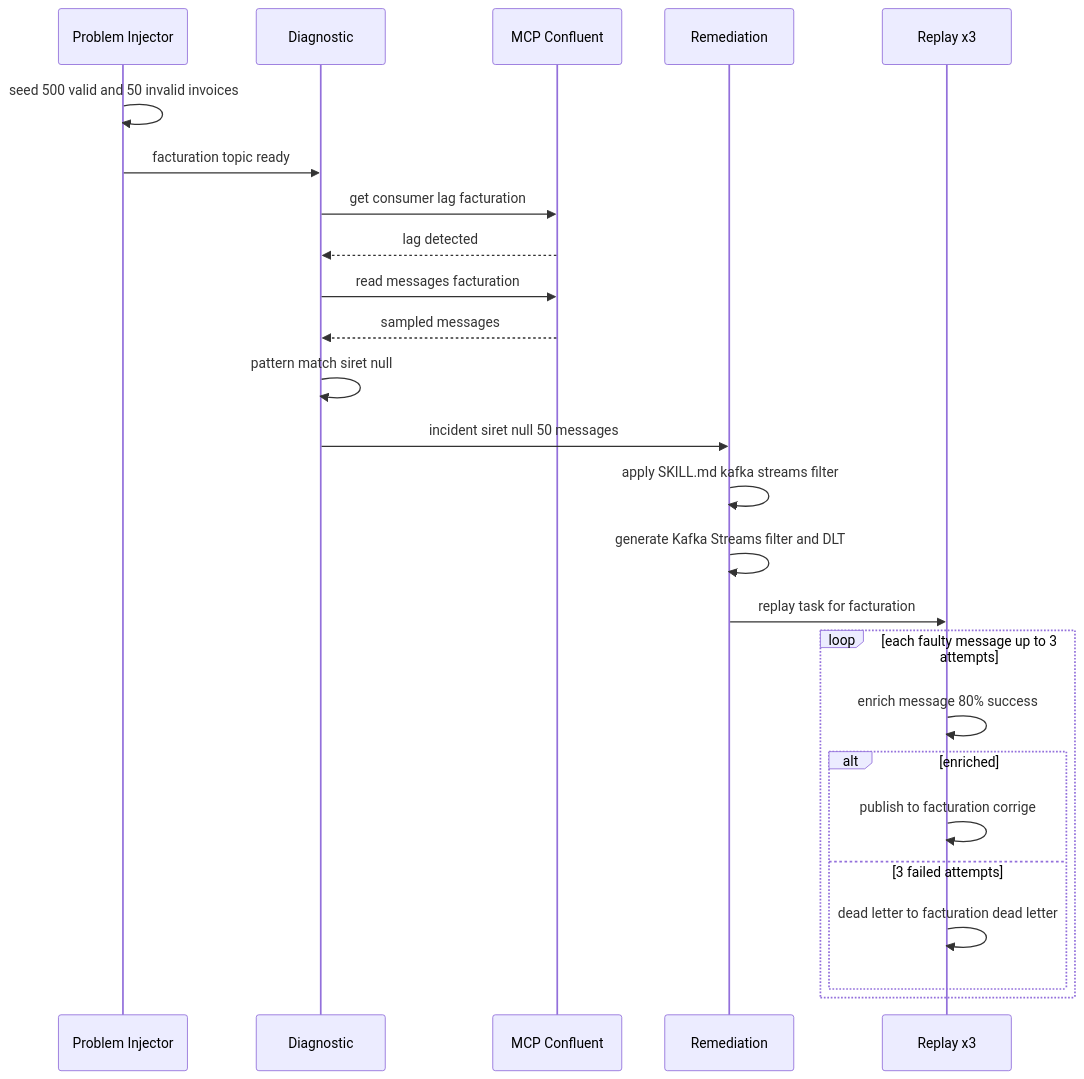
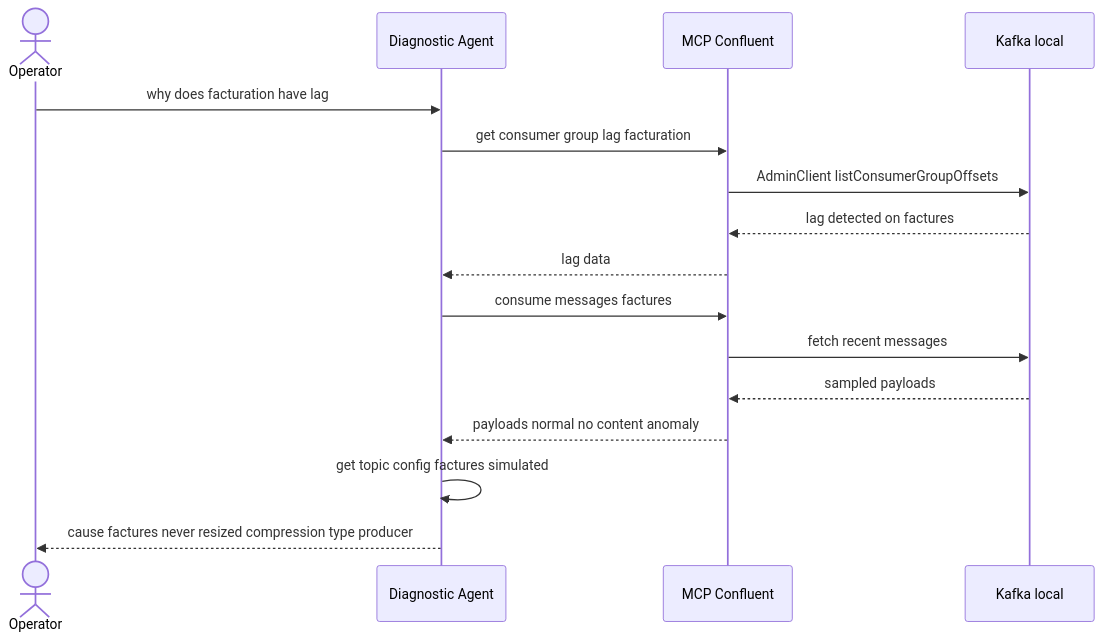
Before and after one commit to arabaaoui/kafka-ops-agents: the second of 4 diagrams in README.md, drawn with Mermaid. The commit also changed other lines of this file, not shown here.

Commit message:
Adapt PoC to article 2 rewrite: control plane diagnostic + remediation

````diff
--- a/README.md
+++ b/README.md
@@ -40,28 +40,19 @@
 ```mermaid
 sequenceDiagram
-    participant PI as Problem Injector
-    participant D as Diagnostic
+    actor U as Operator
+    participant D as Diagnostic Agent
     participant M as MCP Confluent
-    participant R as Remediation
-    participant P as Replay x3
+    participant K as Kafka local
 
-    PI->>PI: seed 500 valid and 50 invalid invoices
-    PI->>D: facturation topic ready
-    D->>M: get consumer lag facturation
-    M-->>D: lag detected
-    D->>M: read messages facturation
-    M-->>D: sampled messages
-    D->>D: pattern match siret null
-    D->>R: incident siret null 50 messages
-    R->>R: apply SKILL.md kafka streams filter
-    R->>R: generate Kafka Streams filter and DLT
-    R->>P: replay task for facturation
-    loop each faulty message up to 3 attempts
-        P->>P: enrich message 80% success
-        alt enriched
-            P->>P: publish to facturation corrige
-        else 3 failed attempts
-            P->>P: dead letter to facturation dead letter
-        end
-    end
+    U->>D: why does facturation have lag
+    D->>M: get consumer group lag facturation
+    M->>K: AdminClient listConsumerGroupOffsets
+    K-->>M: lag detected on factures
+    M-->>D: lag data
+    D->>M: consume messages factures
+    M->>K: fetch recent messages
+    K-->>M: sampled payloads
+    M-->>D: payloads normal no content anomaly
+    D->>D: get topic config factures simulated
+    D-->>U: cause factures never resized compression type producer
 ```
````
